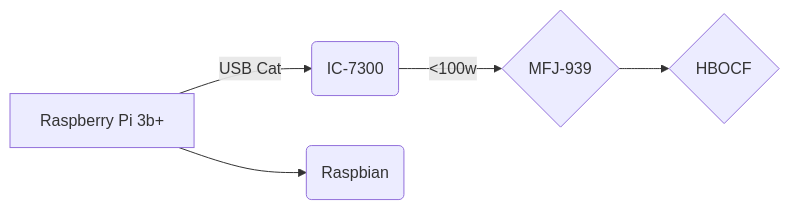
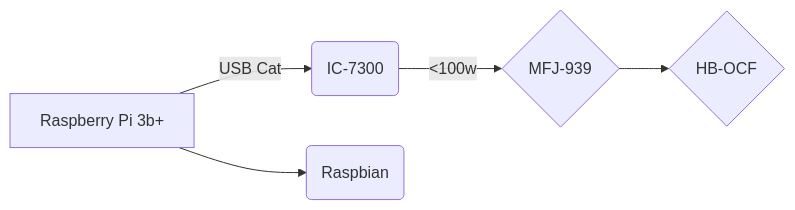
Before and after one commit to we4sel/we4sel.github.io: the diagram in station.md.md, drawn with Mermaid. The commit also changed other lines of this file, not shown here.

Commit message:
station.md.md updated from https://stackedit.io/

````diff
--- a/station.md.md
+++ b/station.md.md
@@ -7,8 +7,8 @@
 ```mermaid
 graph LR
-A[Raspberry Pi 3b+] -- USB Cat --> B(IC-7300);
-A --> C(Raspbian) ;
-B -- <100w  --> D{MFJ-939};
-D --> E{HBOCF}
+A[Raspberry Pi 3b+] -- USB Cat --> B(IC-7300)
+A --> C(Raspbian) 
+B -- <100w  --> D{MFJ-939}
+D --> E{HB-OCF}
 
 ```
````
